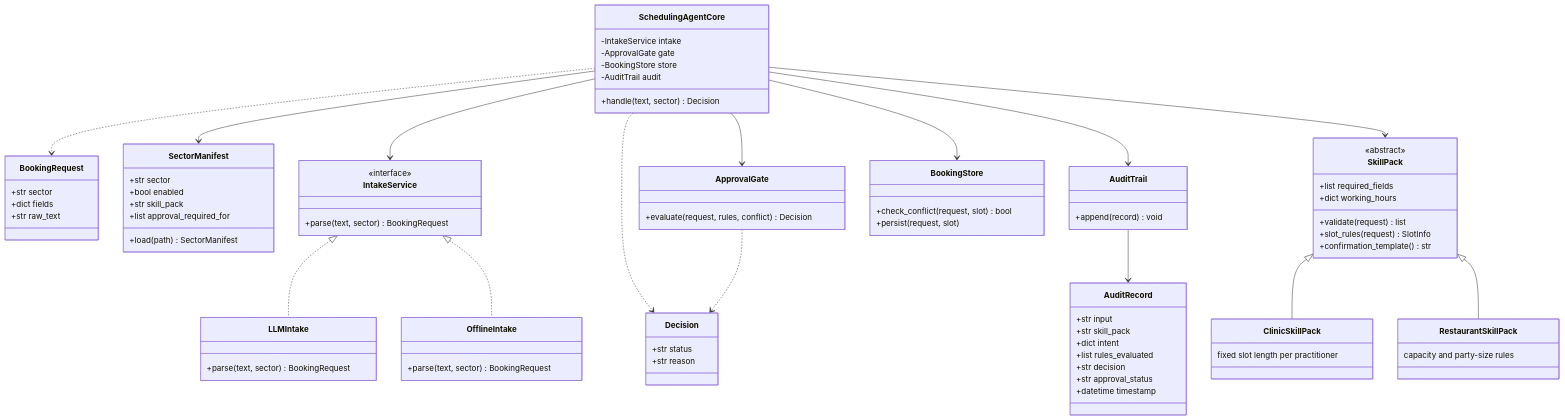
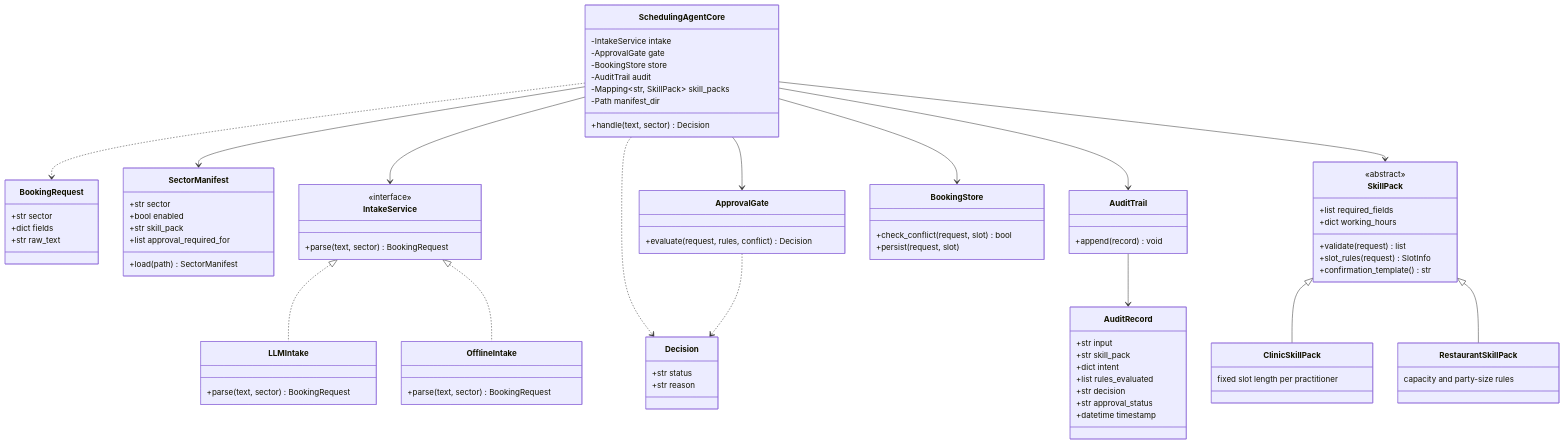
The third of 3 diagrams in diagrams/DIAGRAMS.md (AhmedOmer013/eais-scheduling-agent), drawn with Mermaid before and after one commit. The commit also changed other lines of this file and 4 other files, not shown here.

First line of the commit message:
Fix remaining diagram sync gaps found in T6 review

```diff
--- a/diagrams/DIAGRAMS.md
+++ b/diagrams/DIAGRAMS.md
@@ -176,6 +178,8 @@
         -ApprovalGate gate
         -BookingStore store
         -AuditTrail audit
+        -Mapping~str, SkillPack~ skill_packs
+        -Path manifest_dir
         +handle(text, sector) Decision
     }
 
```
